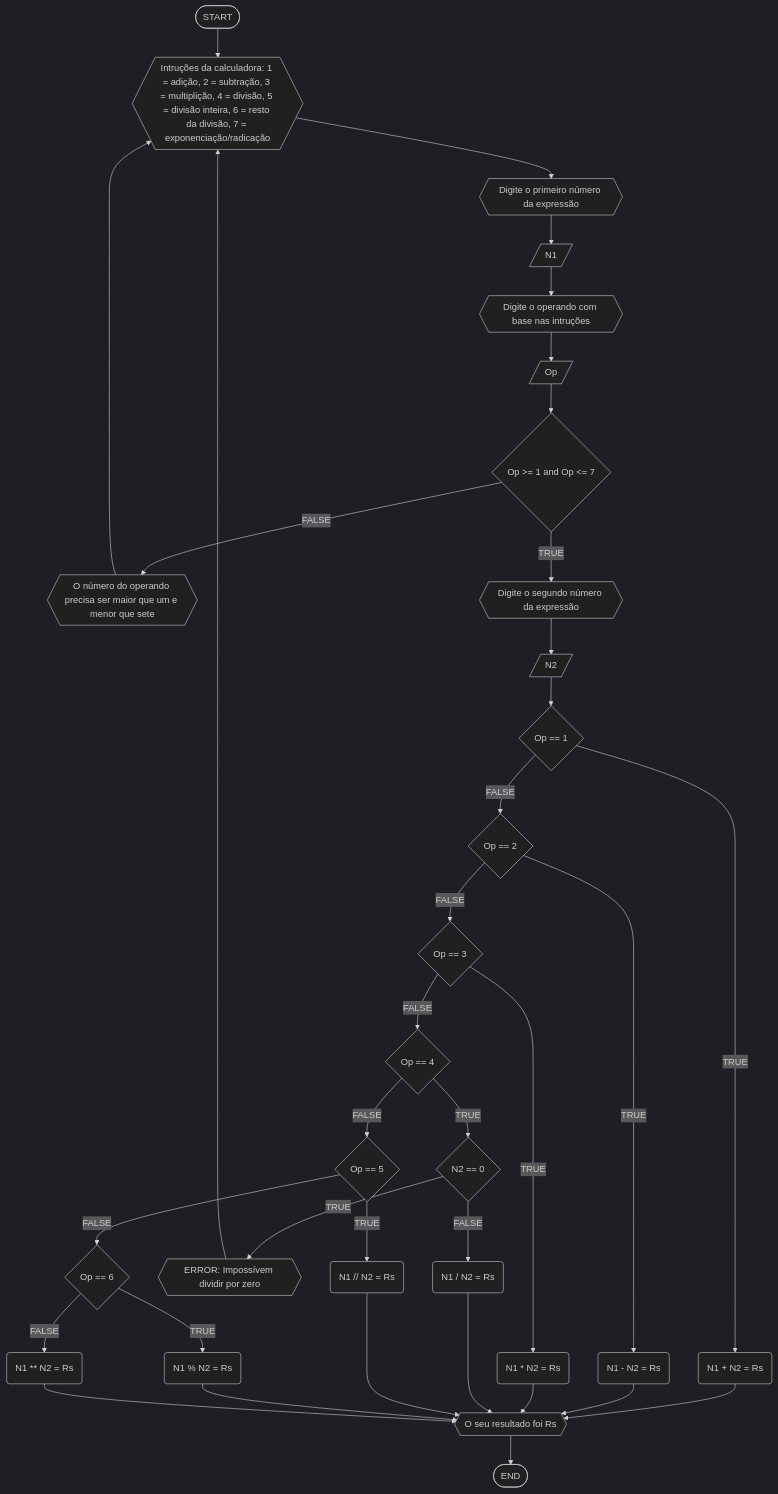
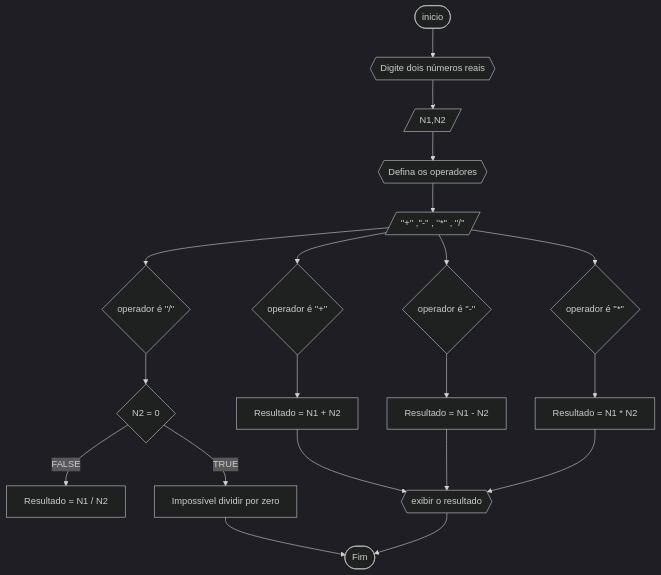
The third of 5 diagrams in RLA/Unidade1/Resolução_lista2.md (Kremmydi/unifor), drawn with Mermaid (dark theme) before and after one commit. The commit also changed other lines of this file, not shown here.

````diff
--- a/RLA/Unidade1/Resolução_lista2.md
+++ b/RLA/Unidade1/Resolução_lista2.md
@@ -88,38 +88,23 @@
 ```mermaid
 flowchart TD
-A([START]) --> B{{Intruções da calculadora: 1 = adição, 2 = subtração, 3 = multiplição, 4 = divisão, 5 = divisão inteira, 6 = resto da divisão, 7 = exponenciação/radicação}}
-B-->C{{Digite o primeiro número da expressão}}
-C-->D[/N1/]
-D-->E{{Digite o operando com base nas intruções}}
-E-->F[/Op/]
-F-->G{Op >= 1 and Op <= 7}
-G--FALSE-->H{{O número do operando precisa ser maior que um e menor que sete}}
-H-->B
-G--TRUE-->I{{Digite o segundo número da expressão}}
-I-->J[/N2/]
-J-->K{Op == 1}
-K--FALSE-->L{Op == 2}
-K--TRUE-->k(N1 + N2 = Rs)
-k-->R
-L--FALSE-->M{Op == 3}
-L--TRUE-->l(N1 - N2 = Rs)
-l-->R
-M--FALSE-->N{Op == 4}
-M--TRUE-->m(N1 * N2 = Rs)
-m-->R
-N--FALSE-->O{Op == 5}
-N--TRUE-->n{N2 == 0}
-n--FALSE-->n2(N1 / N2 = Rs)
-n--TRUE-->n3{{ERROR: Impossívem dividir por zero}}
-n2-->R
-n3-->B
-O--FALSE-->P{Op == 6}
-O--TRUE-->o(N1 // N2 = Rs)
-o-->R
-P--FALSE-->q
-P--TRUE-->p(N1 % N2 = Rs)
-p-->R
-q(N1 ** N2 = Rs)
-q-->R{{O seu resultado foi Rs}}
-R-->Z([END])
+A([inicio]) --> B{{Digite dois números reais}}
+B --> C[/N1,N2/]
+C --> D{{Defina os operadores}}
+D --> E[/''+'' ,''-'' , ''*'' , ''/'' /]
+E --> F{operador é ''+''}
+E --> G{operador é ''-''}
+E --> H{operador é ''*''}
+E --> I{operador é ''/''}
+F --> J[Resultado = N1 + N2]
+G --> K[Resultado = N1 - N2]
+H --> L[Resultado = N1 * N2]
+I --> M{N2 = 0}
+M --FALSE--> N[Resultado = N1 / N2]
+M --TRUE--> O[Impossível dividir por zero]
+O --> P([Fim])
+J --> Q{{exibir o resultado}}
+K --> Q
+L --> Q
+Q --> P
+
 ```
````
